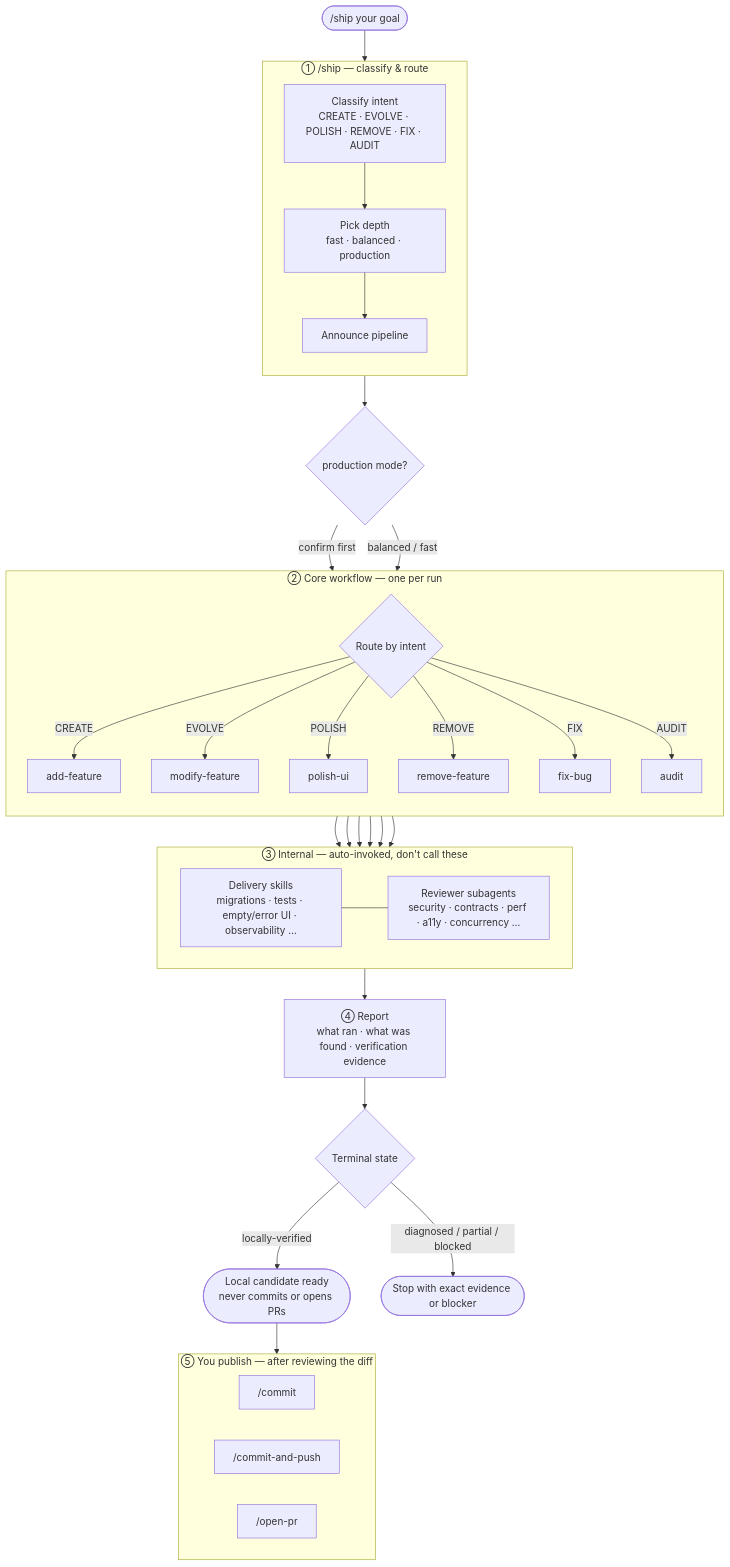
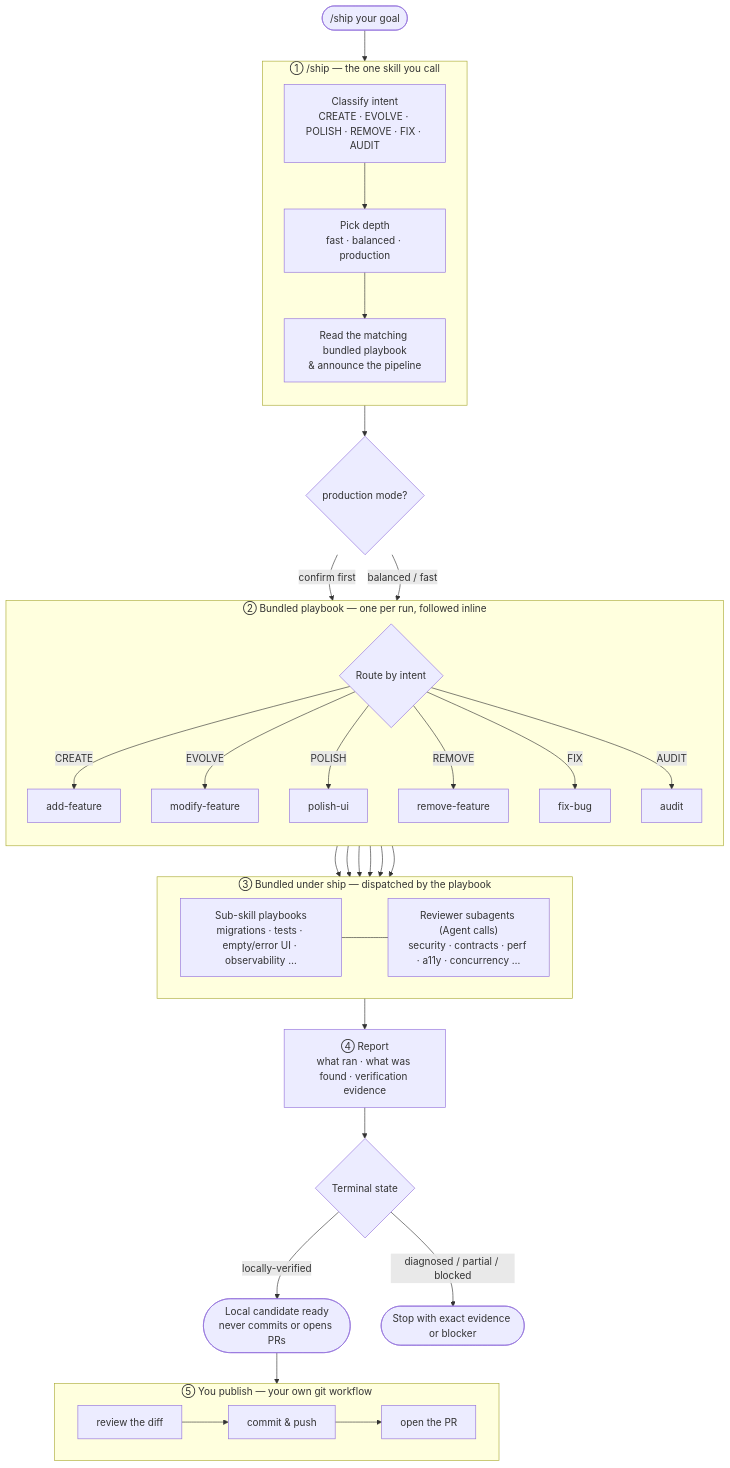
The diagram in README.md (AgentSystemLabs/core), drawn with Mermaid before and after one commit. The commit also changed other lines of this file and 109 other files, not shown here.

First line of the commit message:
feat!: consolidate agentsystem-core to a single `ship` skill

````diff
--- a/README.md
+++ b/README.md
@@ -70,62 +62,63 @@
 ```mermaid
 flowchart TB
     U(["/ship your goal"])
 
-    subgraph L1["① /ship — classify & route"]
+    subgraph L1["① /ship — the one skill you call"]
         direction TB
         C["Classify intent<br/>CREATE · EVOLVE · POLISH · REMOVE · FIX · AUDIT"]
         M["Pick depth<br/>fast · balanced · production"]
-        A["Announce pipeline"]
+        A["Read the matching bundled playbook<br/>& announce the pipeline"]
         C --> M --> A
     end
 
     U --> C
     A --> G{"production mode?"}
     G -->|confirm first| R
     G -->|balanced / fast| R
 
-    subgraph L2["② Core workflow — one per run"]
+    subgraph L2["② Bundled playbook — one per run, followed inline"]
         direction TB
         R{"Route by intent"}
         AF["add-feature"]
         MF["modify-feature"]
         PU["polish-ui"]
         RF["remove-feature"]
         FB["fix-bug"]
         AU["audit"]
         R -->|CREATE| AF
         R -->|EVOLVE| MF
         R -->|POLISH| PU
         R -->|REMOVE| RF
         R -->|FIX| FB
         R -->|AUDIT| AU
     end
 
-    subgraph L3["③ Internal — auto-invoked, don't call these"]
+    subgraph L3["③ Bundled under ship — dispatched by the playbook"]
         direction LR
-        SK["Delivery skills<br/>migrations · tests · empty/error UI · observability …"]
-        RV["Reviewer subagents<br/>security · contracts · perf · a11y · concurrency …"]
+        SK["Sub-skill playbooks<br/>migrations · tests · empty/error UI · observability …"]
+        RV["Reviewer subagents (Agent calls)<br/>security · contracts · perf · a11y · concurrency …"]
         SK --- RV
     end
 
     AF --> L3
     MF --> L3
     PU --> L3
     RF --> L3
     FB --> L3
     AU --> L3
 
     L3 --> REP["④ Report<br/>what ran · what was found · verification evidence"]
     REP --> STATE{"Terminal state"}
     STATE -->|"locally-verified"| READY(["Local candidate ready<br/>never commits or opens PRs"])
     STATE -->|"diagnosed / partial / blocked"| STOP(["Stop with exact evidence or blocker"])
 
-    subgraph L4["⑤ You publish — after reviewing the diff"]
+    subgraph L4["⑤ You publish — your own git workflow"]
         direction LR
-        CM["/commit"]
-        CP["/commit-and-push"]
-        PR["/open-pr"]
+        RVW["review the diff"]
+        CMT["commit & push"]
+        PRR["open the PR"]
+        RVW --> CMT --> PRR
     end
 
     READY --> L4
 ```
````
